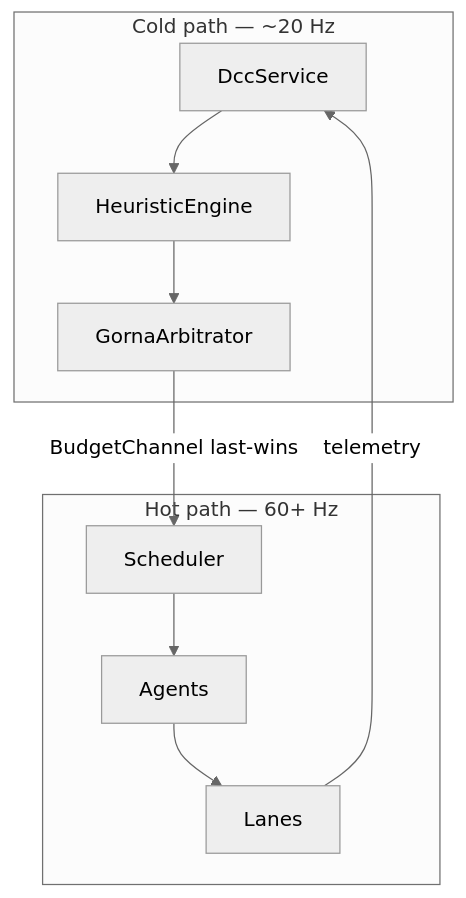
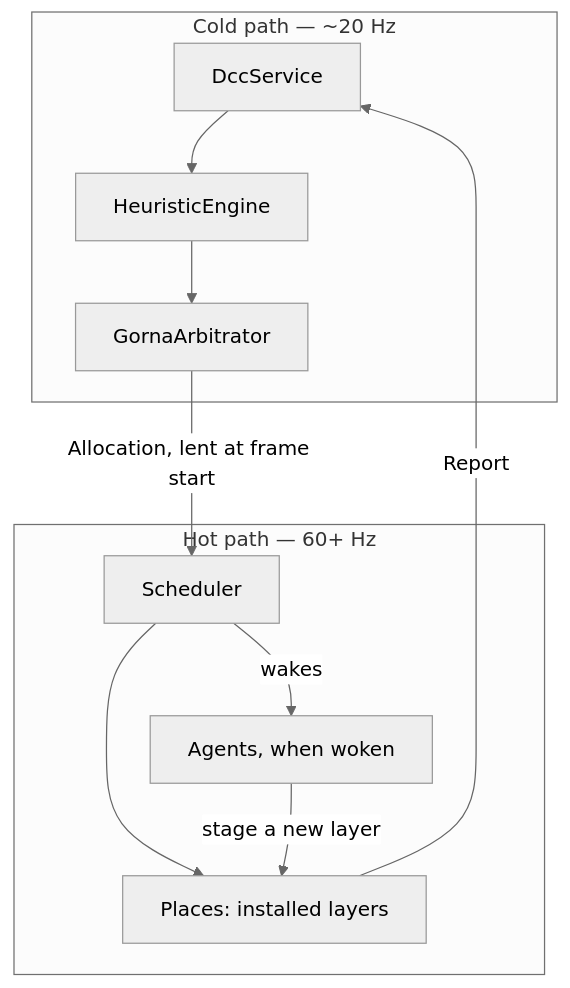
One commit to eraflo/KhoraEngine changed the diagram in docs/src/concepts/gorna.md. Above: the diagram before and after it, drawn with Mermaid (neutral theme). The commit also changed other lines of this file and 11 other files, not shown here.

````diff
--- a/docs/src/concepts/gorna.md
+++ b/docs/src/concepts/gorna.md
@@ -178,17 +239,19 @@
 ```mermaid
 graph TD
     subgraph Cold["Cold path — ~20 Hz"]
         DCC[DccService]
         Heur[HeuristicEngine]
         Arb[GornaArbitrator]
     end
     subgraph Hot["Hot path — 60+ Hz"]
         Sch[Scheduler]
-        Agents[Agents]
-        Lanes[Lanes]
+        Places[Places: installed layers]
+        Agents[Agents, when woken]
     end
     DCC --> Heur --> Arb
-    Arb -->|BudgetChannel last-wins| Sch
-    Sch --> Agents --> Lanes
-    Lanes -->|telemetry| DCC
+    Arb -->|Allocation, lent at frame start| Sch
+    Sch --> Places
+    Sch -->|wakes| Agents
+    Agents -->|stage a new layer| Places
+    Places -->|Report| DCC
 ```
````
